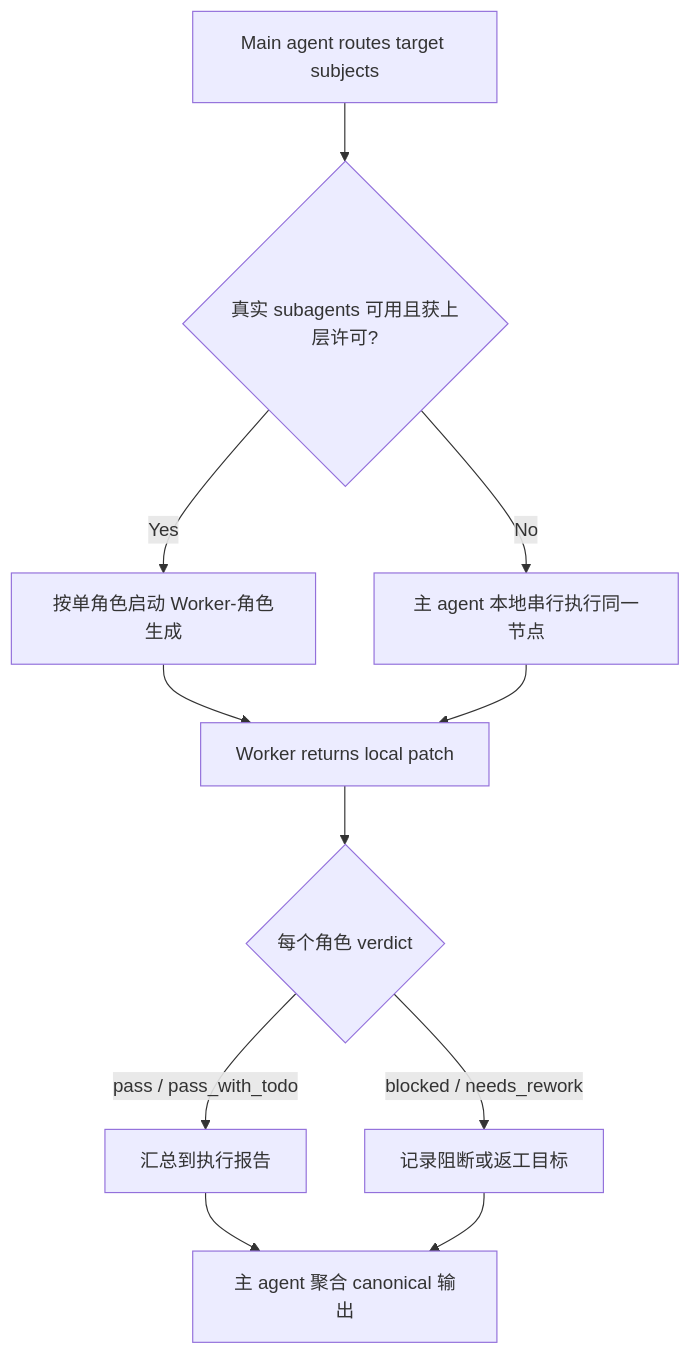
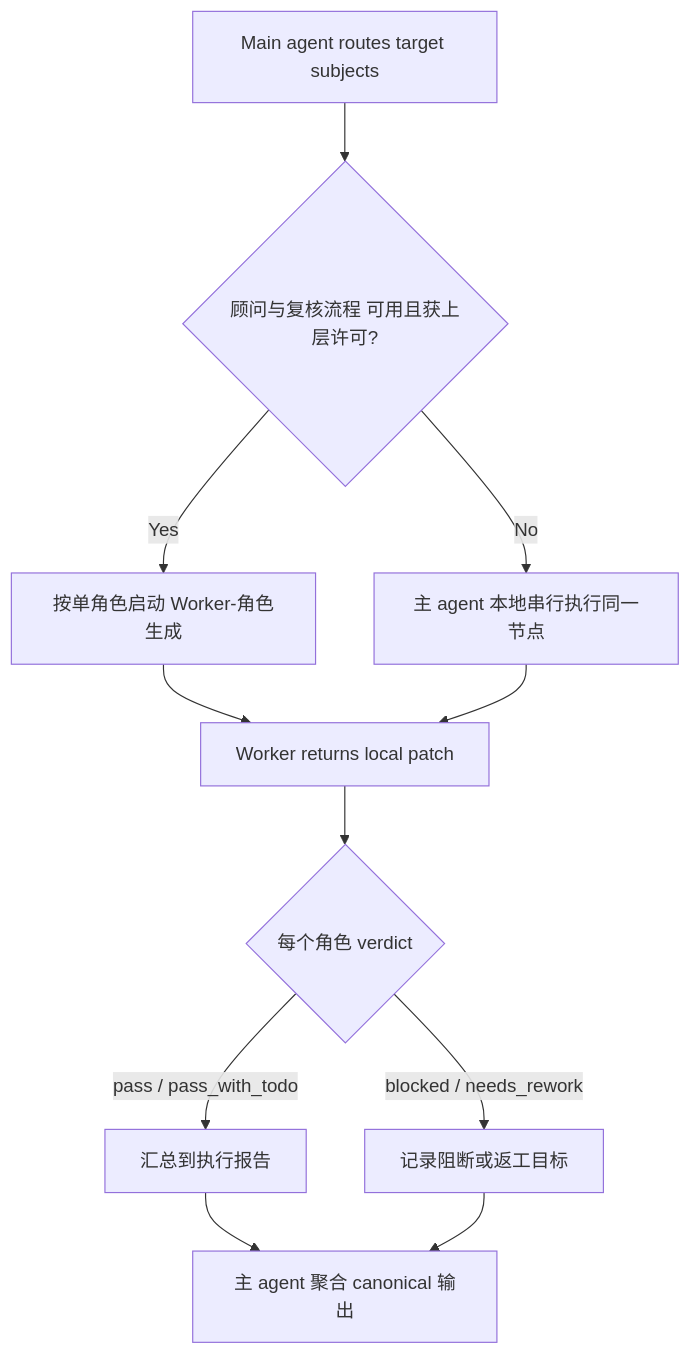
The second of 3 diagrams in .agents/skills/aigc/7-设计/角色/3-生成/steps/character-generation-workflow.md (ZEN-VOID/AI-CUT), drawn with Mermaid before and after one commit. The commit also changed other lines of this file and 137 other files, not shown here.

````diff
--- a/.agents/skills/aigc/7-设计/角色/3-生成/steps/character-generation-workflow.md
+++ b/.agents/skills/aigc/7-设计/角色/3-生成/steps/character-generation-workflow.md
@@ -28,13 +28,13 @@
 ```mermaid
 flowchart TD
-    A["Main agent routes target subjects"] --> B{"真实 subagents 可用且获上层许可?"}
+    A["Main agent routes target subjects"] --> B{"顾问与复核流程 可用且获上层许可?"}
     B -->|"Yes"| C["按单角色启动 Worker-角色生成"]
     B -->|"No"| D["主 agent 本地串行执行同一节点"]
     C --> E["Worker returns local patch"]
     D --> E
     E --> F{"每个角色 verdict"}
     F -->|"pass / pass_with_todo"| G["汇总到执行报告"]
     F -->|"blocked / needs_rework"| H["记录阻断或返工目标"]
     G --> I["主 agent 聚合 canonical 输出"]
     H --> I
 ```
````
